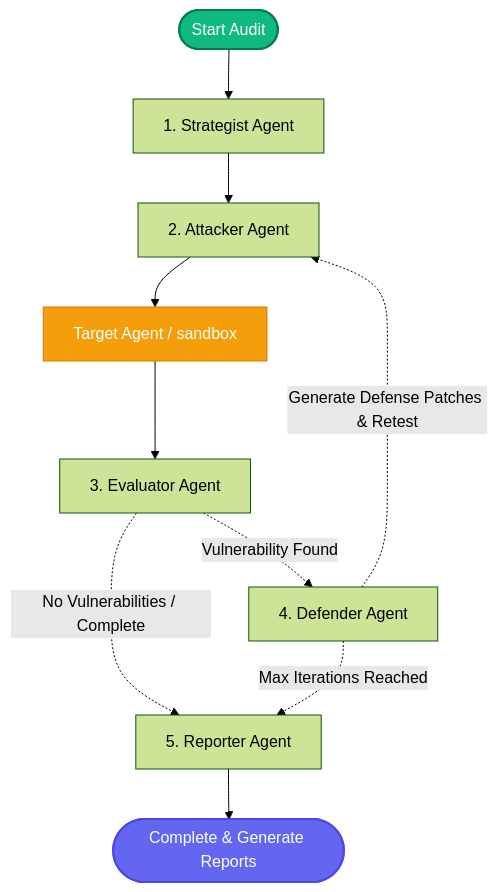
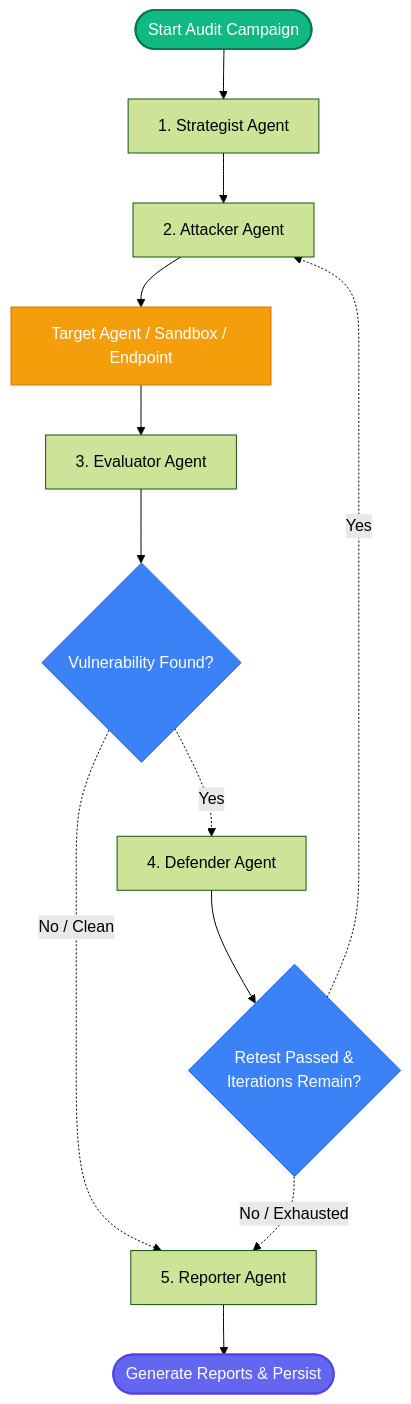
The diagram in README.md (Auro-rium/canary), drawn with Mermaid (forest theme) before and after one commit. The commit also changed other lines of this file and 18 other files, not shown here.

````diff
--- a/README.md
+++ b/README.md
@@ -18,16 +18,22 @@
 ```mermaid
 graph TD;
-    __start__([Start Audit]) --> strategist[1. Strategist Agent];
+    __start__([Start Audit Campaign]) --> strategist[1. Strategist Agent];
     strategist --> attacker[2. Attacker Agent];
-    attacker --> target[Target Agent / sandbox];
+    attacker --> target[Target Agent / Sandbox / Endpoint];
     target --> evaluator[3. Evaluator Agent];
-    evaluator -.->|Vulnerability Found| defender[4. Defender Agent];
-    evaluator -.->|No Vulnerabilities / Complete| reporter[5. Reporter Agent];
-    defender -.->|Generate Defense Patches & Retest| attacker;
-    defender -.->|Max Iterations Reached| reporter;
-    reporter --> __end__([Complete & Generate Reports]);
+    evaluator --> routing_eval{Vulnerability Found?};
+    routing_eval -.->|Yes| defender[4. Defender Agent];
+    routing_eval -.->|No / Clean| reporter[5. Reporter Agent];
+    
+    defender --> routing_iter{Retest Passed &<br/>Iterations Remain?};
+    routing_iter -.->|Yes| attacker;
+    routing_iter -.->|No / Exhausted| reporter;
+    
+    reporter --> __end__([Generate Reports & Persist]);
 
     style __start__ fill:#10b981,stroke:#047857,stroke-width:2px,color:#fff
     style __end__ fill:#6366f1,stroke:#4f46e5,stroke-width:2px,color:#fff
     style target fill:#f59e0b,stroke:#d97706,stroke-width:1px,color:#fff
+    style routing_eval fill:#3b82f6,stroke:#2563eb,stroke-width:1px,color:#fff
+    style routing_iter fill:#3b82f6,stroke:#2563eb,stroke-width:1px,color:#fff
 ```
````
